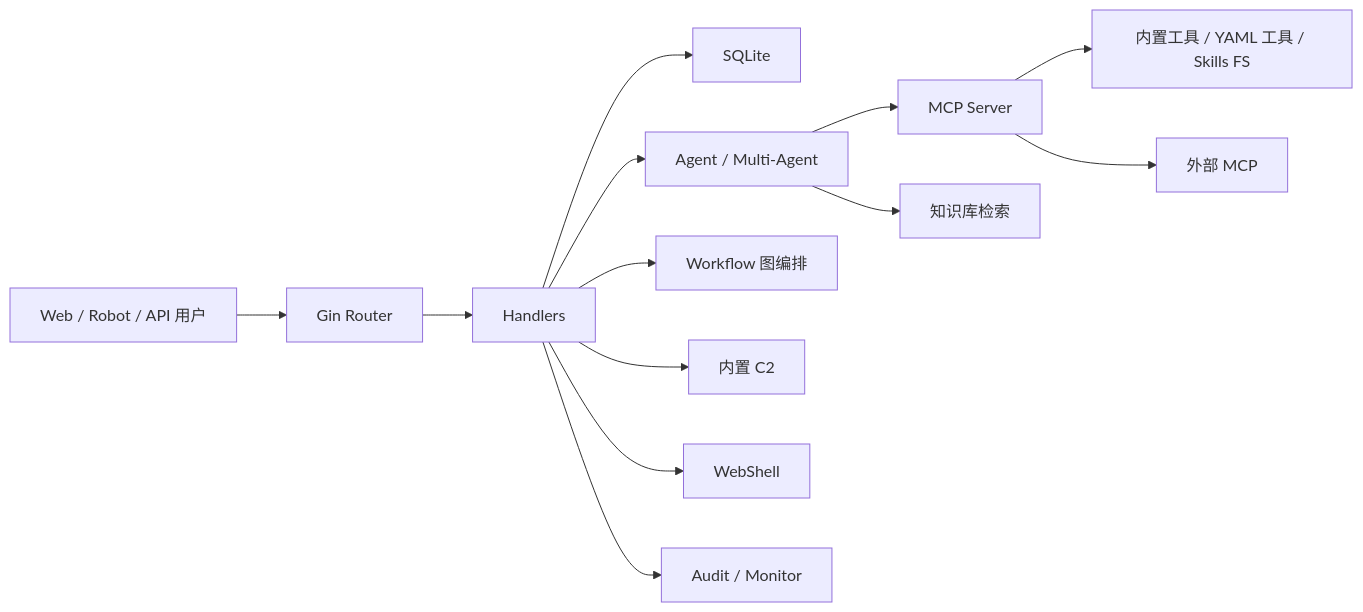
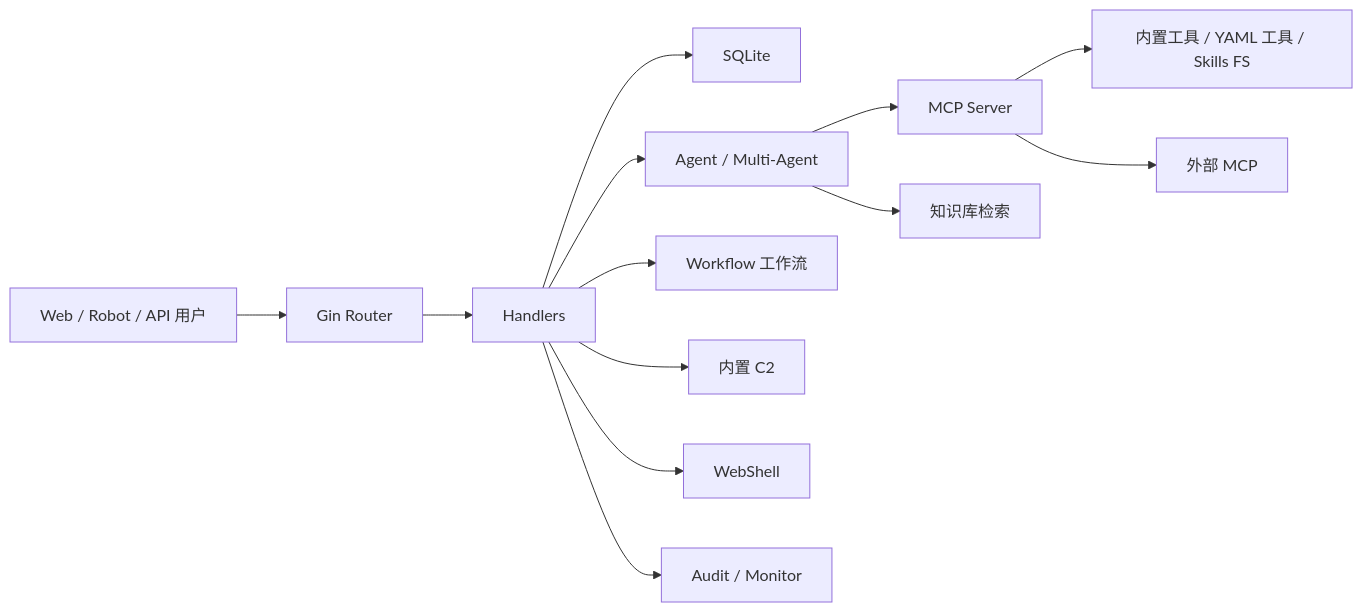
The diagram in docs/zh-CN/architecture.md (YuningXiao/CyberStrikeAI), drawn with Mermaid before and after one commit. The commit also changed other lines of this file and 8 other files, not shown here.

````diff
--- a/docs/zh-CN/architecture.md
+++ b/docs/zh-CN/architecture.md
@@ -7,15 +7,15 @@
 ```mermaid
 flowchart LR
     U["Web / Robot / API 用户"] --> R["Gin Router"]
     R --> H["Handlers"]
     H --> DB["SQLite"]
     H --> A["Agent / Multi-Agent"]
     A --> M["MCP Server"]
     M --> T["内置工具 / YAML 工具 / Skills FS"]
     M --> EM["外部 MCP"]
     A --> K["知识库检索"]
-    H --> W["Workflow 图编排"]
+    H --> W["Workflow 工作流"]
     H --> C2["内置 C2"]
     H --> WS["WebShell"]
     H --> AU["Audit / Monitor"]
 ```
````
